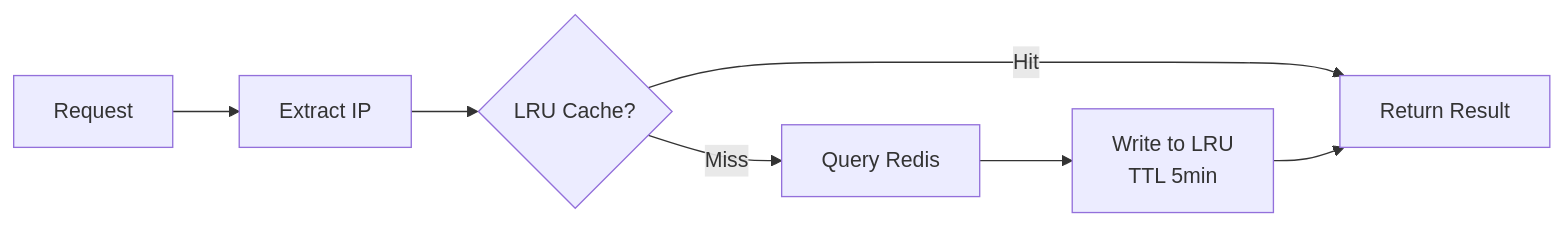
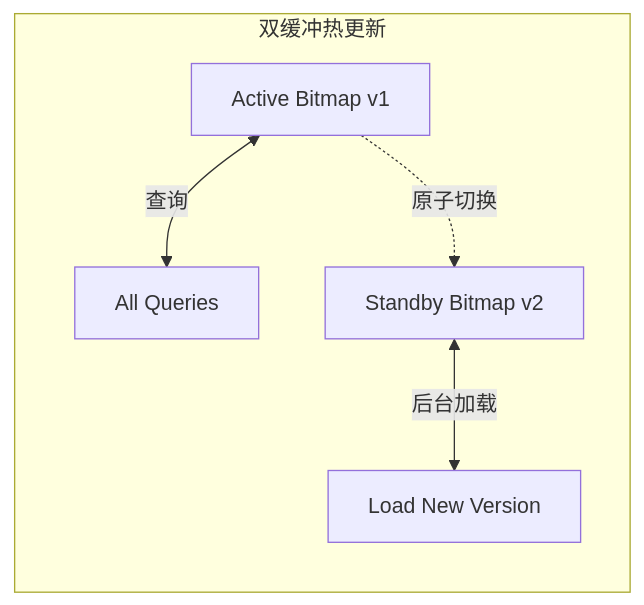
One commit to jpixy/jpixy.github.io changed the first of 5 diagrams in content/articles/system-design/sd-14-IP封禁系统设计.md. Above: the diagram before and after it, drawn with Mermaid. The commit also changed other lines of this file and 1 other file, not shown here.

First line of the commit message:
fix: simplify Mermaid diagrams and improve CSS

````diff
--- a/content/articles/system-design/sd-14-IP封禁系统设计.md
+++ b/content/articles/system-design/sd-14-IP封禁系统设计.md
@@ -168,9 +104,8 @@
 ```mermaid
 graph LR
-    A[Request] --> B[Extract IP]
-    B --> C{LRU Cache?}
-    C -->|Hit| D[Return Result]
-    C -->|Miss| E[Query Redis]
-    E --> F[Write to LRU<br/>TTL 5min]
-    F --> D
+    subgraph 双缓冲热更新
+        A[Active Bitmap v1] <-->|查询| Q[All Queries]
+        B[Standby Bitmap v2] <-->|后台加载| L[Load New Version]
+        A -.->|原子切换| B
+    end
 ```
````
